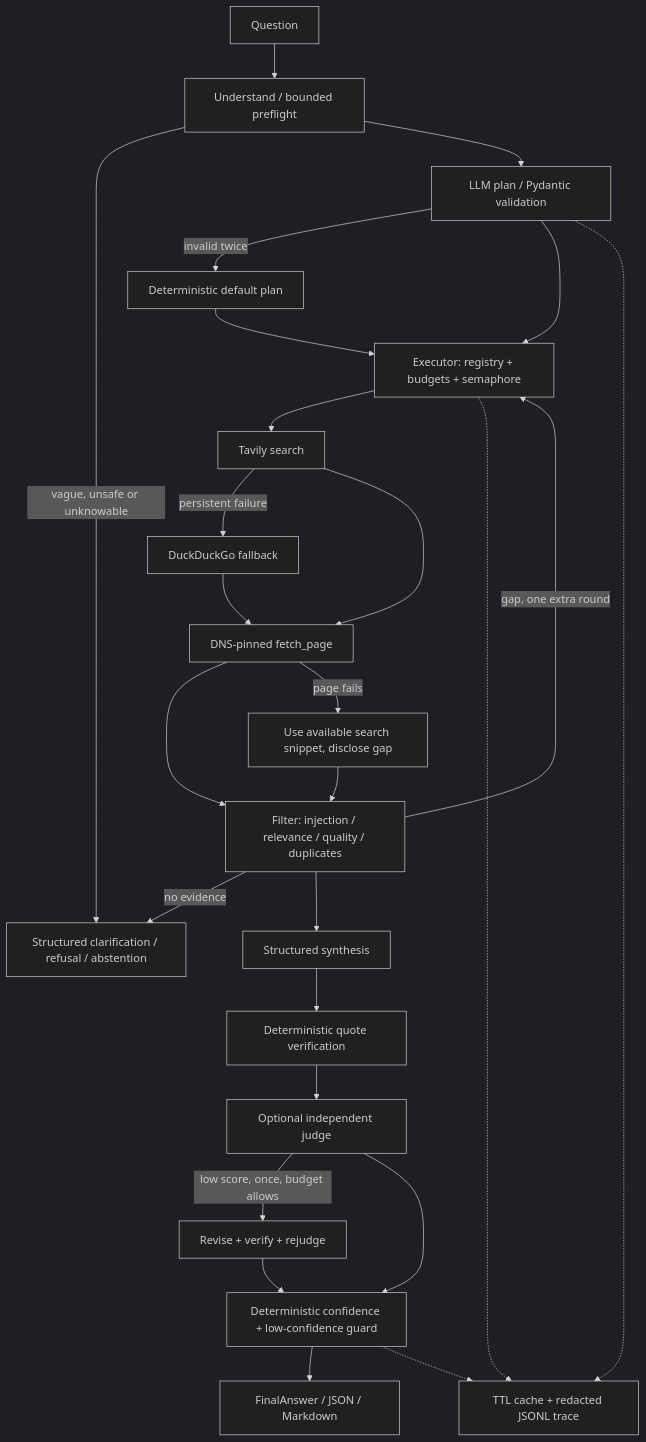
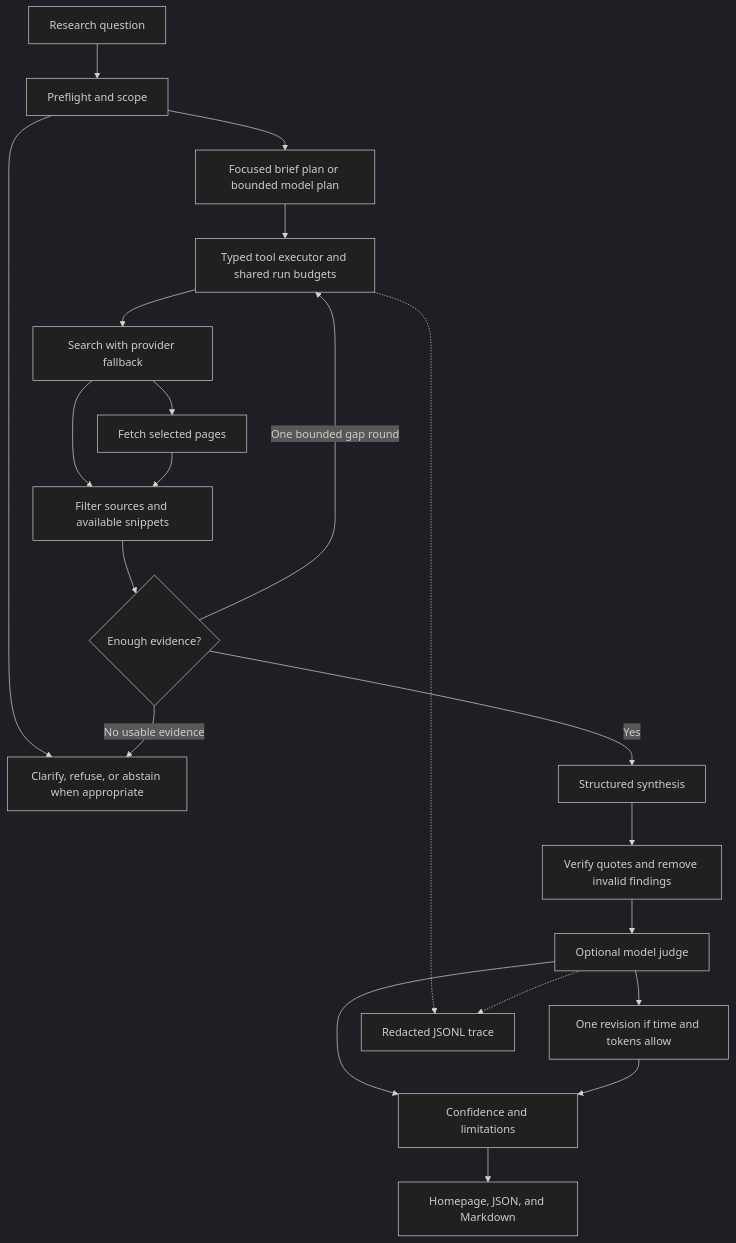
The diagram in README.md (DipeshNawani/evidence-first-research-agent), drawn with Mermaid (dark theme) before and after one commit. The commit also changed other lines of this file and 71 other files, not shown here.

````diff
--- a/README.md
+++ b/README.md
@@ -44,28 +100,23 @@
 ```mermaid
 flowchart TD
-    Q[Question] --> U[Understand / bounded preflight]
-    U -->|vague, unsafe or unknowable| E[Structured clarification / refusal / abstention]
-    U --> P[LLM plan / Pydantic validation]
-    P -->|invalid twice| D[Deterministic default plan]
-    D --> X
-    P --> X[Executor: registry + budgets + semaphore]
-    X --> S[Tavily search]
-    S -->|persistent failure| DD[DuckDuckGo fallback]
-    S --> F[DNS-pinned fetch_page]
-    DD --> F
-    F --> K[Filter: injection / relevance / quality / duplicates]
-    F -->|page fails| SN[Use available search snippet, disclose gap]
-    SN --> K
-    K -->|gap, one extra round| X
-    K -->|no evidence| E
-    K --> Y[Structured synthesis]
-    Y --> V[Deterministic quote verification]
-    V --> J[Optional independent judge]
-    J -->|low score, once, budget allows| R[Revise + verify + rejudge]
-    R --> C[Deterministic confidence + low-confidence guard]
-    J --> C
-    C --> O[FinalAnswer / JSON / Markdown]
-    X -.-> T[TTL cache + redacted JSONL trace]
-    P -.-> T
-    C -.-> T
+    Q[Research question] --> U[Preflight and scope]
+    U --> P[Focused brief plan or bounded model plan]
+    U --> E[Clarify, refuse, or abstain when appropriate]
+    P --> X[Typed tool executor and shared run budgets]
+    X --> S[Search with provider fallback]
+    S --> F[Fetch selected pages]
+    S --> K[Filter sources and available snippets]
+    F --> K
+    K --> G{Enough evidence?}
+    G -->|One bounded gap round| X
+    G -->|No usable evidence| E
+    G -->|Yes| Y[Structured synthesis]
+    Y --> V[Verify quotes and remove invalid findings]
+    V --> J[Optional model judge]
+    J --> R[One revision if time and tokens allow]
+    J --> C[Confidence and limitations]
+    R --> C
+    C --> O[Homepage, JSON, and Markdown]
+    X -.-> T[Redacted JSONL trace]
+    J -.-> T
 ```
````
